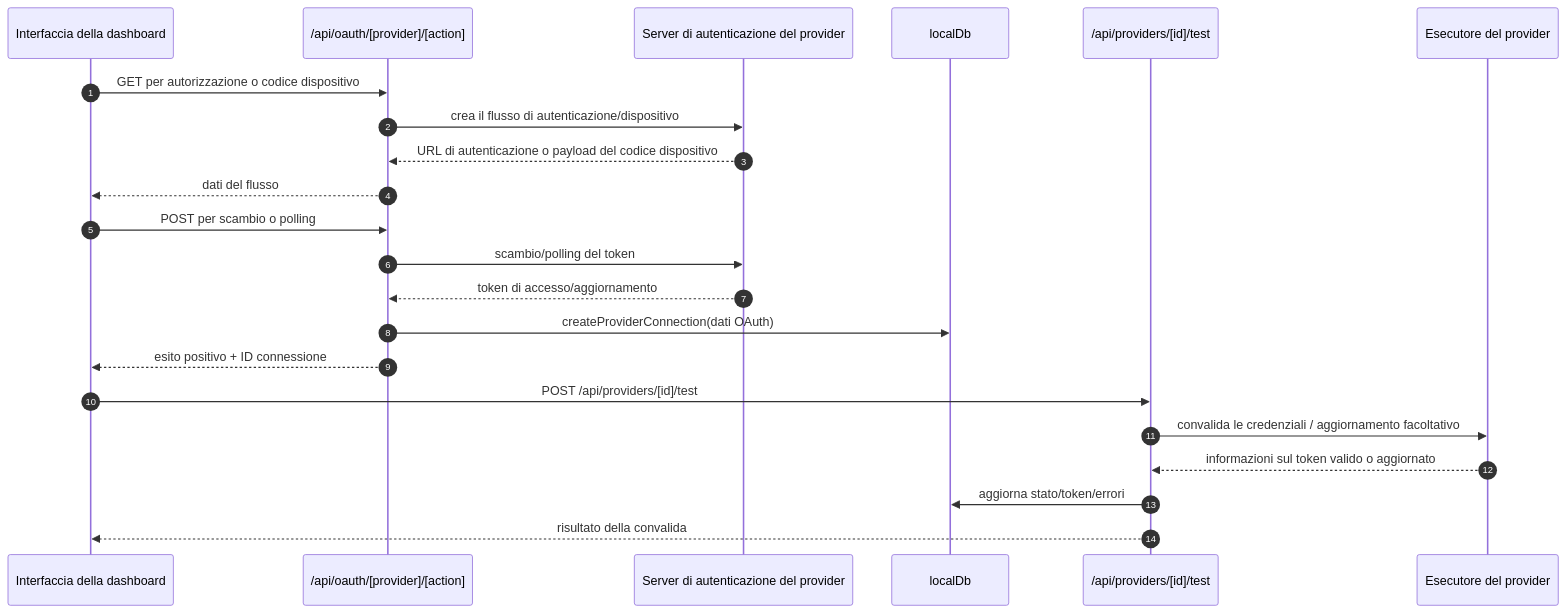
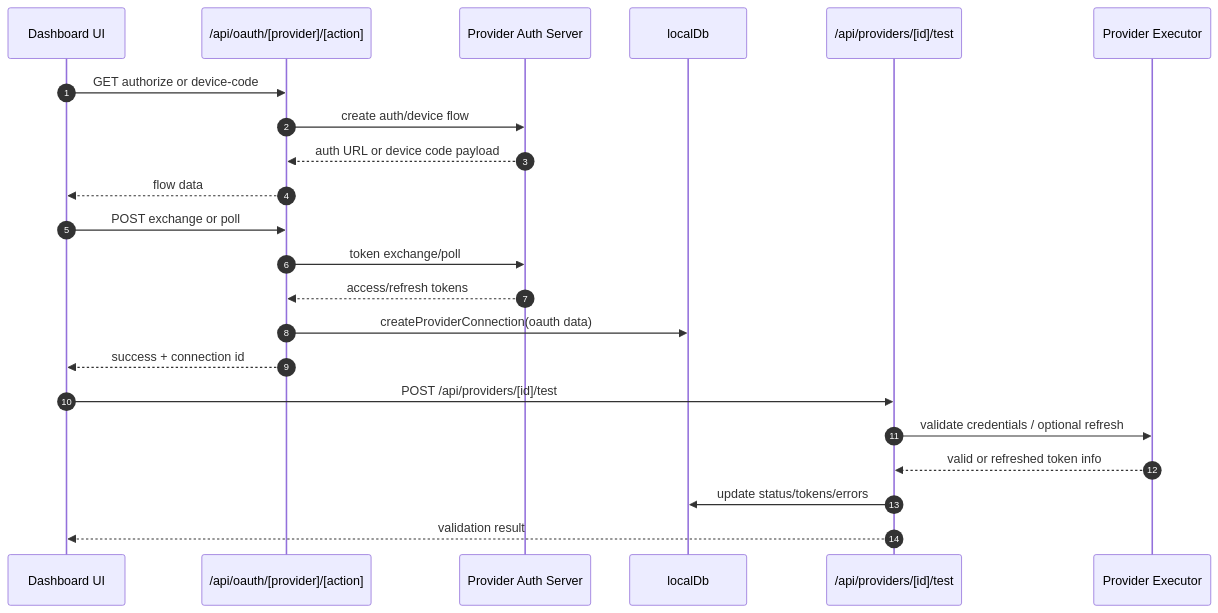
One commit to niyatna/NiyatnaRoute changed the fourth of 7 diagrams in docs/i18n/it/docs/architecture/ARCHITECTURE.md. Above: the diagram before and after it, drawn with Mermaid. The commit also changed other lines of this file and 2447 other files, not shown here.

````diff
--- a/docs/i18n/it/docs/architecture/ARCHITECTURE.md
+++ b/docs/i18n/it/docs/architecture/ARCHITECTURE.md
@@ -637,27 +409,27 @@
 ```mermaid
 sequenceDiagram
     autonumber
-    participant UI as Interfaccia della dashboard
+    participant UI as Dashboard UI
     participant OAuth as /api/oauth/[provider]/[action]
-    participant ProvAuth as Server di autenticazione del provider
+    participant ProvAuth as Provider Auth Server
     participant DB as localDb
     participant Test as /api/providers/[id]/test
-    participant Exec as Esecutore del provider
+    participant Exec as Provider Executor
 
-    UI->>OAuth: GET per autorizzazione o codice dispositivo
-    OAuth->>ProvAuth: crea il flusso di autenticazione/dispositivo
-    ProvAuth-->>OAuth: URL di autenticazione o payload del codice dispositivo
-    OAuth-->>UI: dati del flusso
+    UI->>OAuth: GET authorize or device-code
+    OAuth->>ProvAuth: create auth/device flow
+    ProvAuth-->>OAuth: auth URL or device code payload
+    OAuth-->>UI: flow data
 
-    UI->>OAuth: POST per scambio o polling
-    OAuth->>ProvAuth: scambio/polling del token
-    ProvAuth-->>OAuth: token di accesso/aggiornamento
-    OAuth->>DB: createProviderConnection(dati OAuth)
-    OAuth-->>UI: esito positivo + ID connessione
+    UI->>OAuth: POST exchange or poll
+    OAuth->>ProvAuth: token exchange/poll
+    ProvAuth-->>OAuth: access/refresh tokens
+    OAuth->>DB: createProviderConnection(oauth data)
+    OAuth-->>UI: success + connection id
 
     UI->>Test: POST /api/providers/[id]/test
-    Test->>Exec: convalida le credenziali / aggiornamento facoltativo
-    Exec-->>Test: informazioni sul token valido o aggiornato
-    Test->>DB: aggiorna stato/token/errori
-    Test-->>UI: risultato della convalida
+    Test->>Exec: validate credentials / optional refresh
+    Exec-->>Test: valid or refreshed token info
+    Test->>DB: update status/tokens/errors
+    Test-->>UI: validation result
 ```
````
